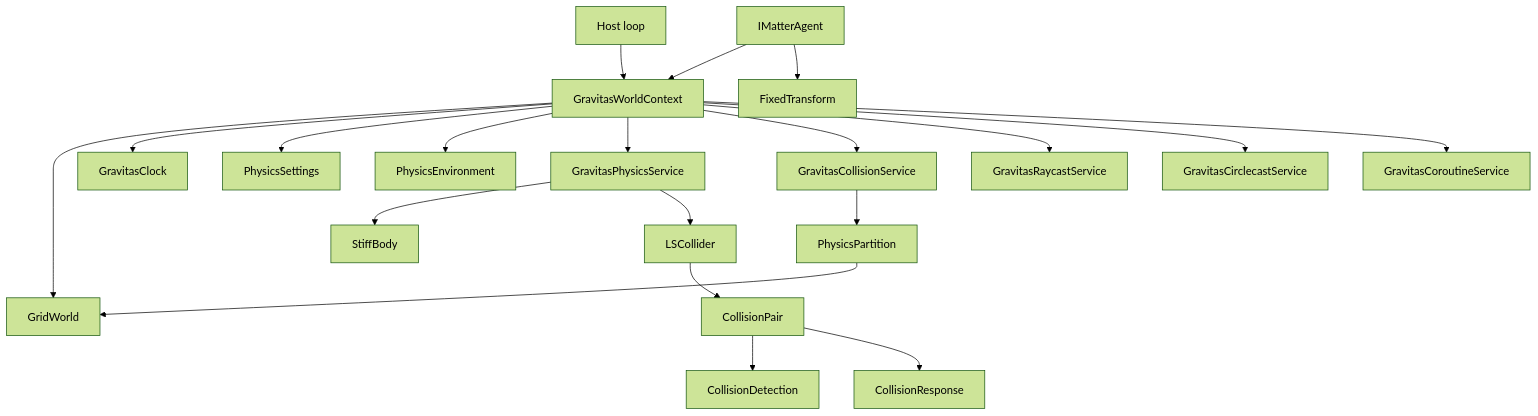
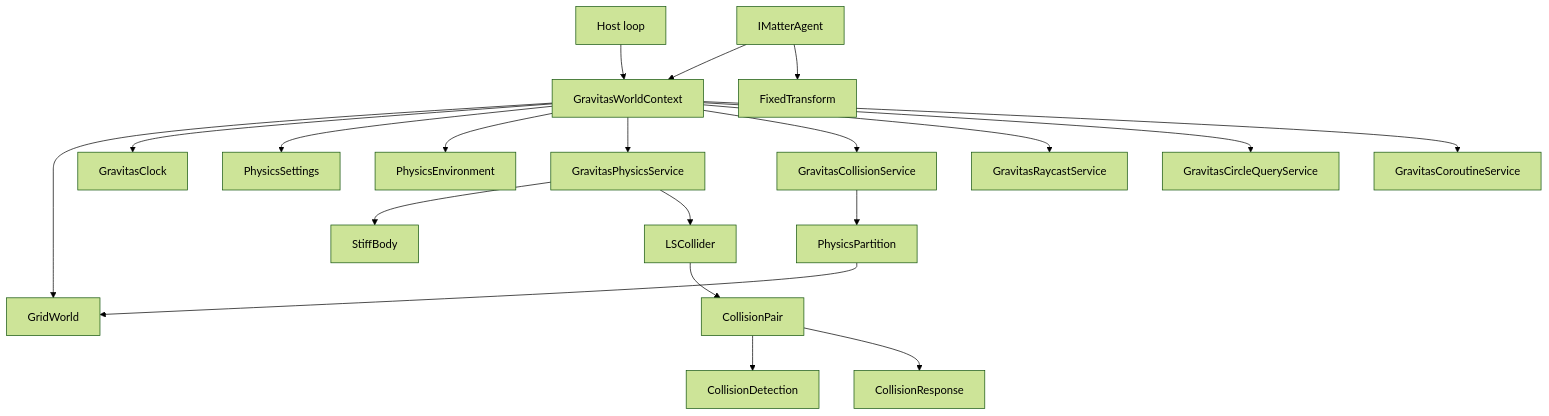
One commit to mrdav30/Gravitas changed the diagram in docs/wiki/OVERVIEW.md. Above: the diagram before and after it, drawn with Mermaid (forest theme). The commit also changed other lines of this file and 26 other files, not shown here.

````diff
--- a/docs/wiki/OVERVIEW.md
+++ b/docs/wiki/OVERVIEW.md
@@ -47,22 +47,22 @@
 ```mermaid
 flowchart TD
     Host["Host loop"] --> Context["GravitasWorldContext"]
     Context --> World["GridWorld"]
     Context --> Clock["GravitasClock"]
     Context --> Settings["PhysicsSettings"]
     Context --> Environment["PhysicsEnvironment"]
     Context --> Physics["GravitasPhysicsService"]
     Context --> Collisions["GravitasCollisionService"]
     Context --> Raycasts["GravitasRaycastService"]
-    Context --> Circlecasts["GravitasCirclecastService"]
+    Context --> CircleQueries["GravitasCircleQueryService"]
     Context --> Coroutines["GravitasCoroutineService"]
     Agent["IMatterAgent"] --> Context
     Agent --> Transform["FixedTransform"]
     Physics --> Body["StiffBody"]
     Physics --> Collider["LSCollider"]
     Collisions --> Partition["PhysicsPartition"]
     Partition --> World
     Collider --> Pair["CollisionPair"]
     Pair --> Detection["CollisionDetection"]
     Pair --> Response["CollisionResponse"]
 ```
````
